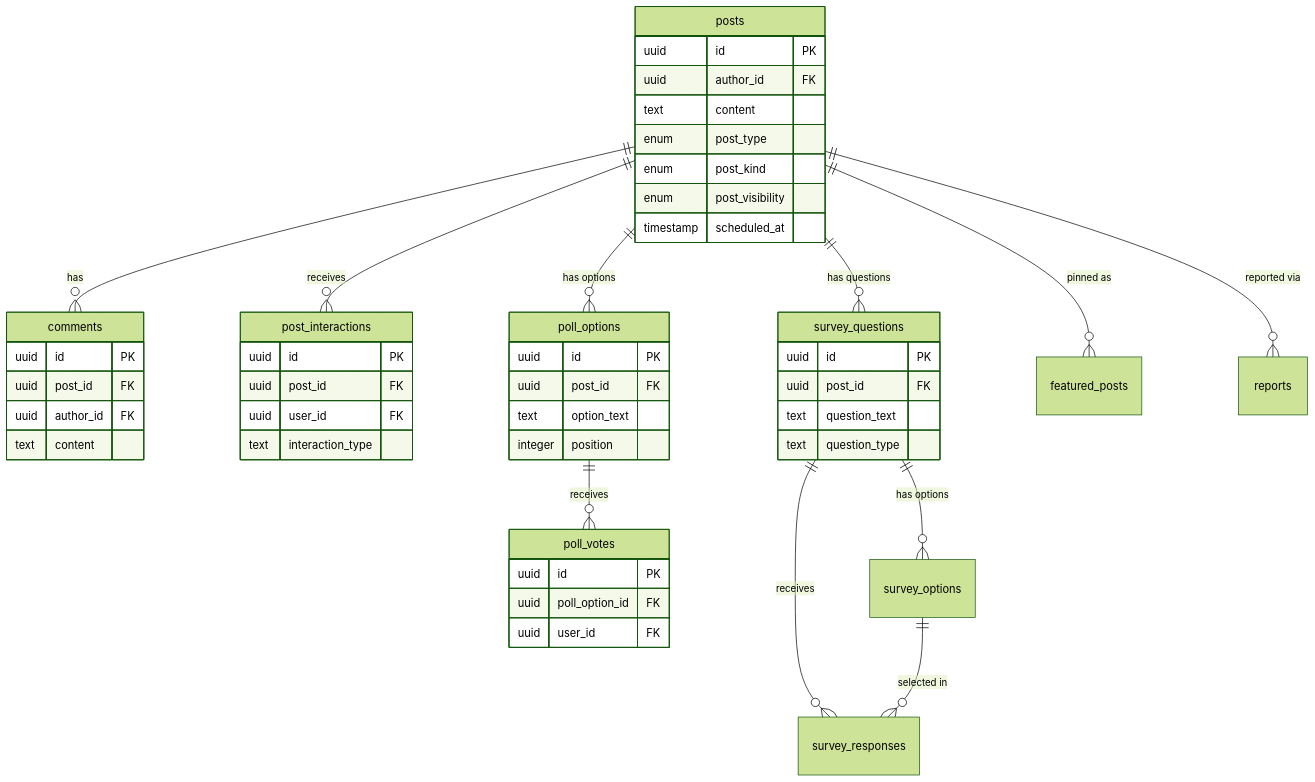
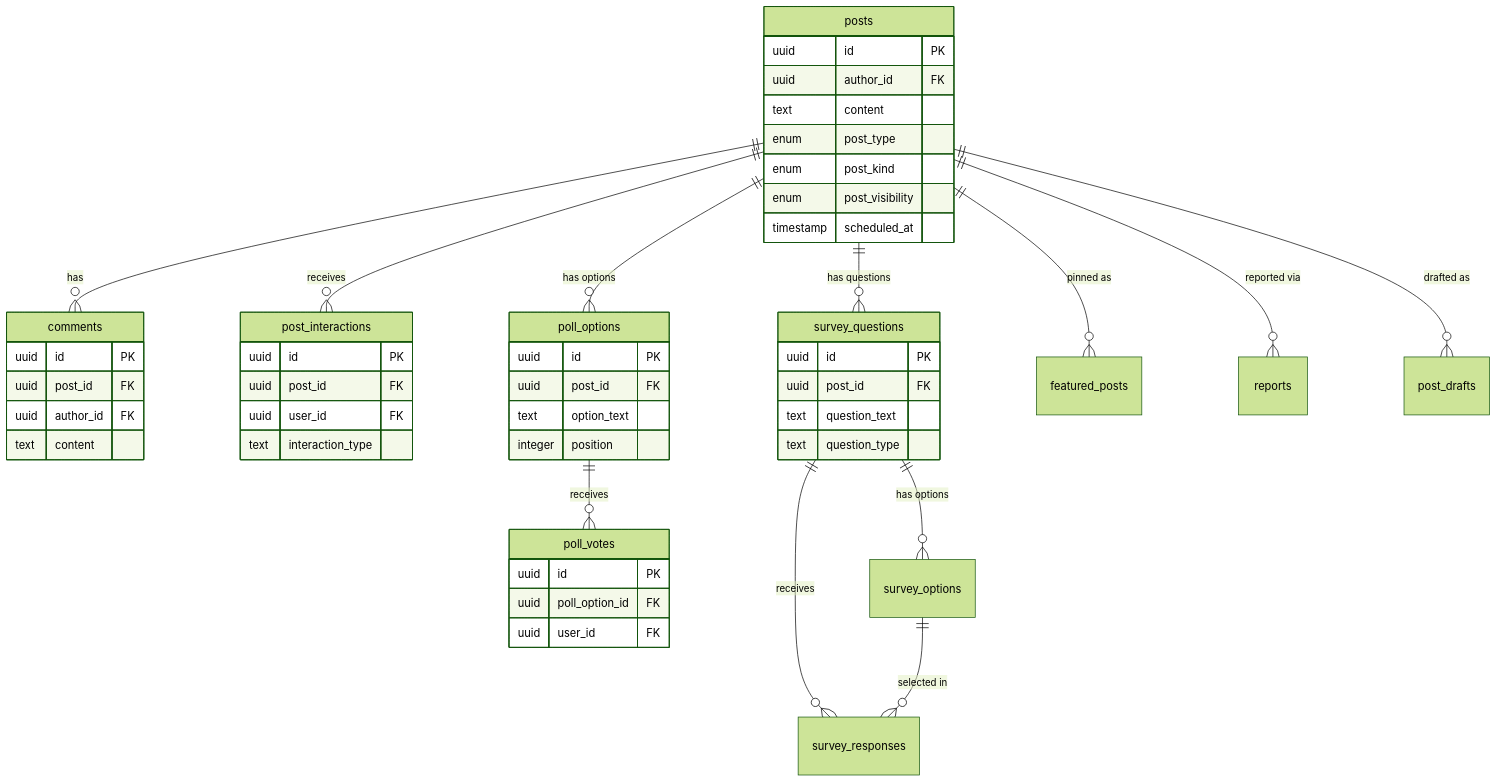
The second of 6 diagrams in docs/architecture.md (bhavbhumi/findooin), drawn with Mermaid (forest theme) before and after one commit. The commit also changed other lines of this file and 3 other files, not shown here.

````diff
--- a/docs/architecture.md
+++ b/docs/architecture.md
@@ -130,57 +132,58 @@
 ```mermaid
 erDiagram
     posts ||--o{ comments : "has"
     posts ||--o{ post_interactions : "receives"
     posts ||--o{ poll_options : "has options"
     posts ||--o{ survey_questions : "has questions"
     posts ||--o{ featured_posts : "pinned as"
     posts ||--o{ reports : "reported via"
+    posts ||--o{ post_drafts : "drafted as"
     poll_options ||--o{ poll_votes : "receives"
     survey_questions ||--o{ survey_options : "has options"
     survey_questions ||--o{ survey_responses : "receives"
     survey_options ||--o{ survey_responses : "selected in"
 
     posts {
         uuid id PK
         uuid author_id FK
         text content
         enum post_type
         enum post_kind
         enum post_visibility
         timestamp scheduled_at
     }
 
     comments {
         uuid id PK
         uuid post_id FK
         uuid author_id FK
         text content
     }
 
     post_interactions {
         uuid id PK
         uuid post_id FK
         uuid user_id FK
         text interaction_type
     }
 
     poll_options {
         uuid id PK
         uuid post_id FK
         text option_text
         integer position
     }
 
     poll_votes {
         uuid id PK
         uuid poll_option_id FK
         uuid user_id FK
     }
 
     survey_questions {
         uuid id PK
         uuid post_id FK
         text question_text
         text question_type
     }
 ```
````
